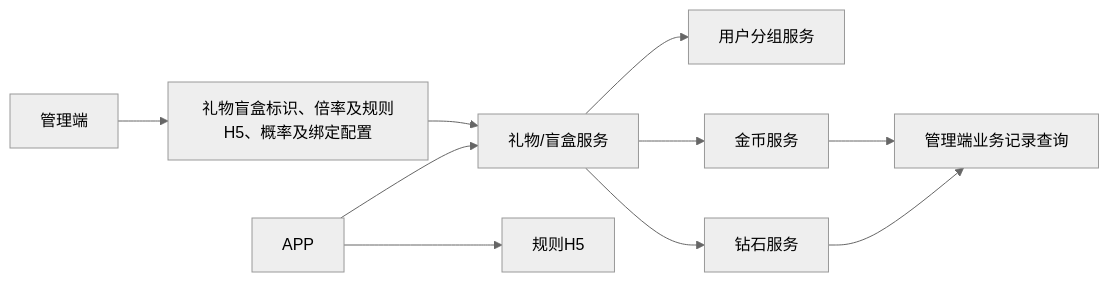
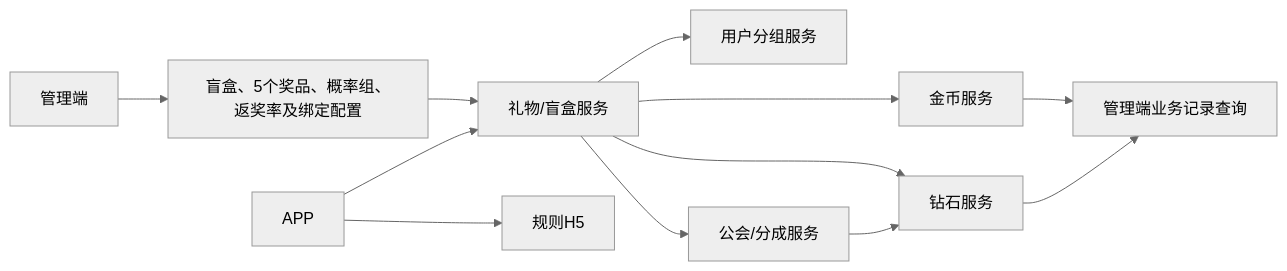
The first of 5 diagrams in 8月/盲盒礼物产品开发需求文档.md (lxw13000/sano-pm), drawn with Mermaid (neutral theme) before and after one commit. The commit also changed other lines of this file and 13 other files, not shown here.

````diff
--- a/8月/盲盒礼物产品开发需求文档.md
+++ b/8月/盲盒礼物产品开发需求文档.md
@@ -93,12 +103,14 @@
 ```mermaid
 flowchart LR
-    ADMIN["管理端"] --> GIFT_CONFIG["礼物盲盒标识、倍率及规则H5、概率及绑定配置"]
-    GIFT_CONFIG --> BOX_SERVICE["礼物/盲盒服务"]
+    ADMIN["管理端"] --> CONFIG["盲盒、5个奖品、概率组、返奖率及绑定配置"]
+    CONFIG --> BOX_SERVICE["礼物/盲盒服务"]
     APP["APP"] --> BOX_SERVICE
     APP --> RULE_H5["规则H5"]
     BOX_SERVICE --> GROUP_SERVICE["用户分组服务"]
+    BOX_SERVICE --> GUILD_SERVICE["公会/分成服务"]
     BOX_SERVICE --> COIN_SERVICE["金币服务"]
     BOX_SERVICE --> DIAMOND_SERVICE["钻石服务"]
+    GUILD_SERVICE --> DIAMOND_SERVICE
     COIN_SERVICE --> RECORD_QUERY["管理端业务记录查询"]
     DIAMOND_SERVICE --> RECORD_QUERY
 ```
````
